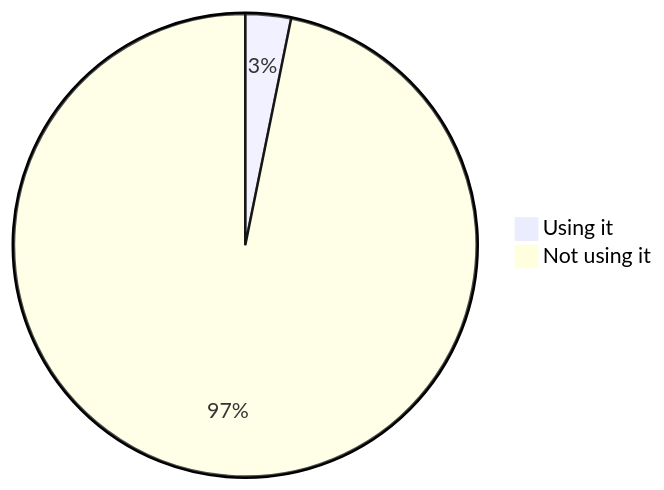
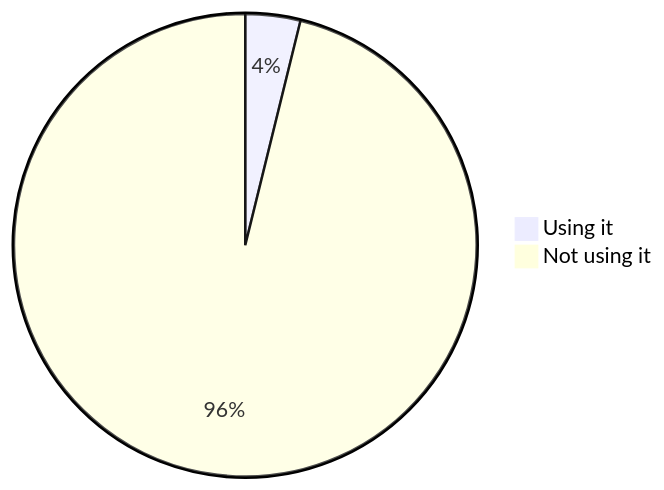
Before and after one commit to oshp/oshp-stats: the eighth of 22 diagrams in stats.md, drawn with Mermaid. The commit also changed other lines of this file, not shown here.

````diff
--- a/stats.md
+++ b/stats.md
@@ -94,6 +94,6 @@
 ```mermaid
 pie
-	"Using it" : 3.18
-	"Not using it" : 96.82
+	"Using it" : 3.84
+	"Not using it" : 96.16
 
 ```
````
